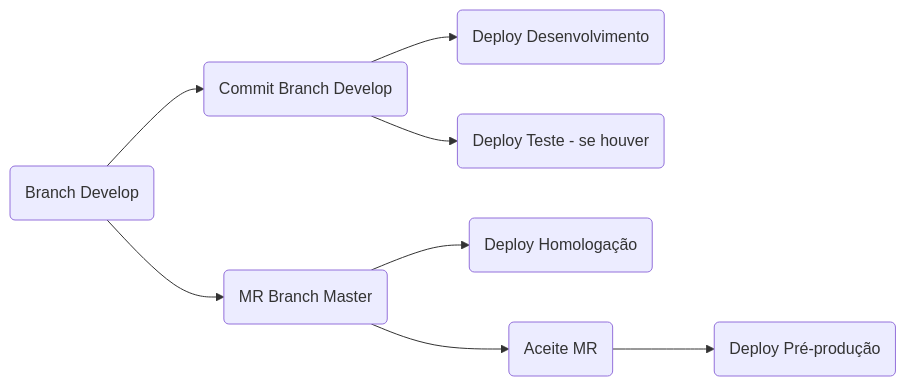
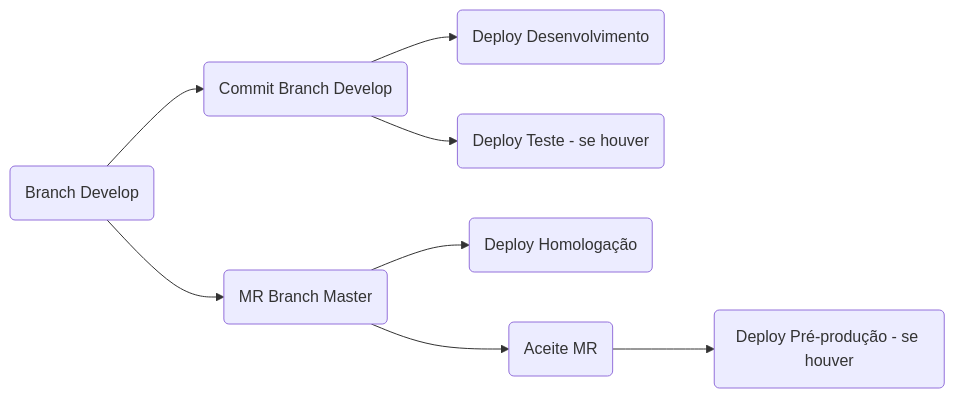
One commit to CAPES/guia changed the second of 3 diagrams in cgs/repo-gitlab/pipeline.md. Above: the diagram before and after it, drawn with Mermaid. The commit also changed other lines of this file, not shown here.

````diff
--- a/cgs/repo-gitlab/pipeline.md
+++ b/cgs/repo-gitlab/pipeline.md
@@ -43,10 +43,10 @@
 ```mermaid
 graph LR
     A(Branch Develop) --> B(MR Branch Master)
     A --> A1(Commit Branch Develop)
     A1 --> A2(Deploy Desenvolvimento) 
     A1 --> A3(Deploy Teste - se houver)
     B --> B1(Deploy Homologação)
     B --> C(Aceite MR)
-    C --> C1(Deploy Pré-produção)
+    C --> C1(Deploy Pré-produção - se houver)
 ```
````
